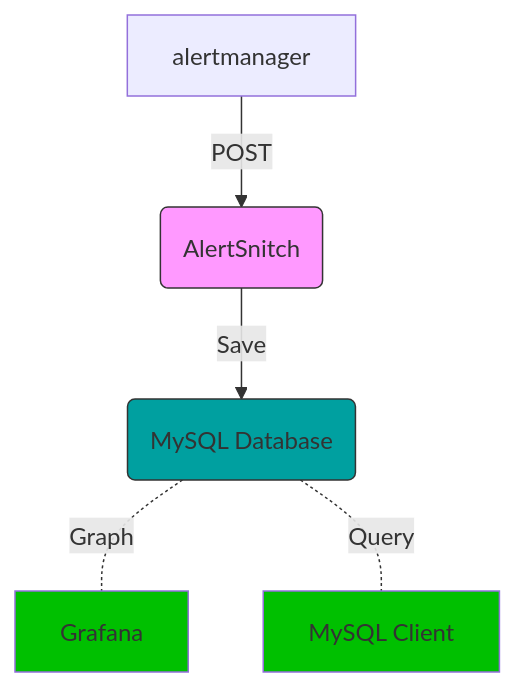
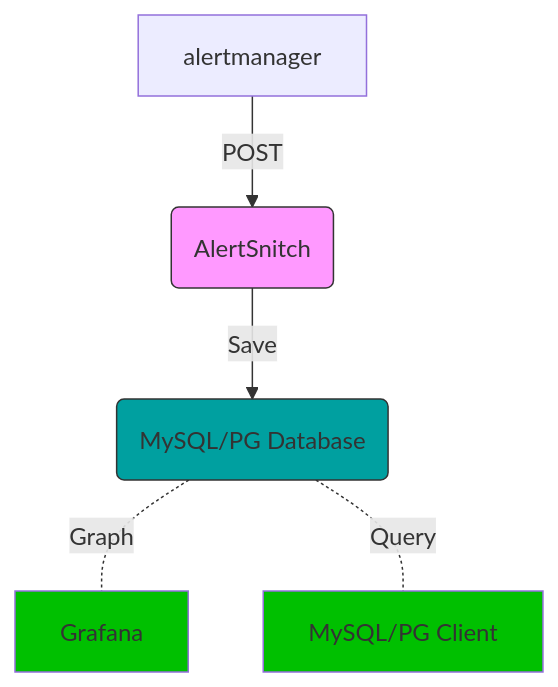
The diagram in README.md (yakshaving-art/alertsnitch), drawn with Mermaid before and after one commit. The commit also changed other lines of this file and 4 other files, not shown here.

````diff
--- a/README.md
+++ b/README.md
@@ -15,11 +16,11 @@
 ```mermaid
 graph TD
     A[alertmanager] -->|POST|B(AlertSnitch)
-    B --> |Save|C(MySQL Database)
+    B --> |Save|C(MySQL/PG Database)
     C -.-|Graph|G[Grafana]
-    C -.-|Query|D[MySQL Client]
+    C -.-|Query|D[MySQL/PG Client]
     style B fill:#f9f,stroke:#333,stroke-width:1px
     style C fill:#00A0A0,stroke:#333,stroke-width:1px
     style D fill:#00C000
     style G fill:#00C000
 ```
````
